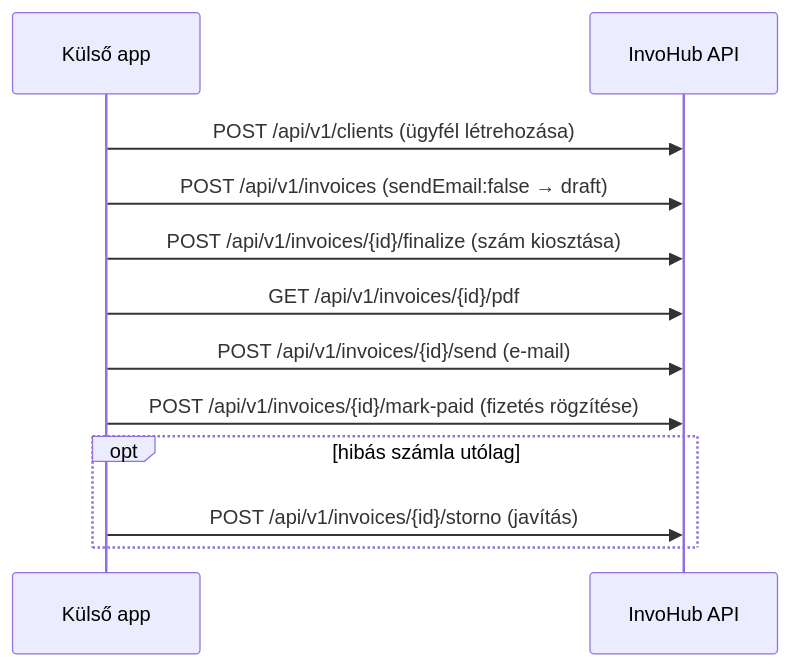
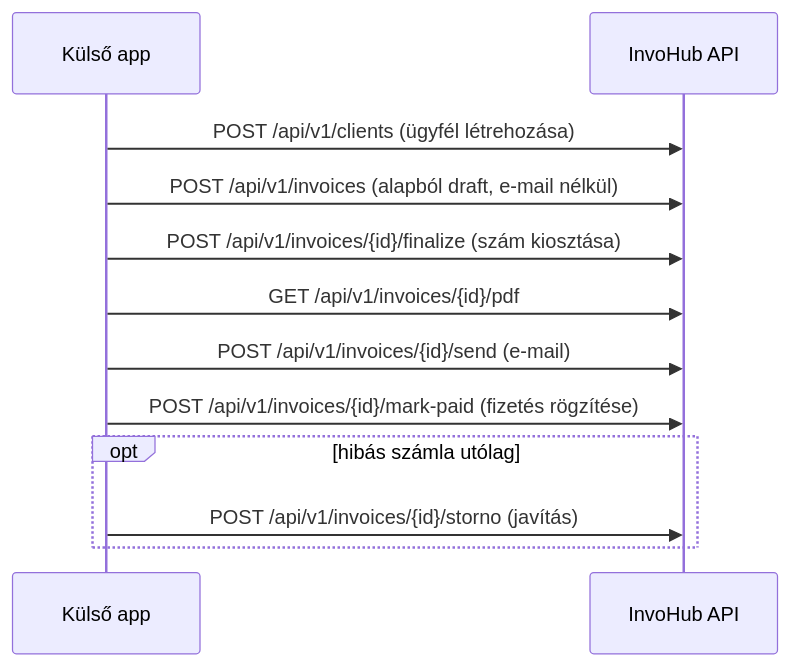
The diagram in docs/external-api.md (nagybrandy/invohub), drawn with Mermaid before and after one commit. The commit also changed other lines of this file and 35 other files, not shown here.

````diff
--- a/docs/external-api.md
+++ b/docs/external-api.md
@@ -420,15 +424,15 @@
 ```mermaid
 sequenceDiagram
   participant App as Külső app
   participant API as InvoHub API
 
   App->>API: POST /api/v1/clients (ügyfél létrehozása)
-  App->>API: POST /api/v1/invoices (sendEmail:false → draft)
+  App->>API: POST /api/v1/invoices (alapból draft, e-mail nélkül)
   App->>API: POST /api/v1/invoices/{id}/finalize (szám kiosztása)
   App->>API: GET /api/v1/invoices/{id}/pdf
   App->>API: POST /api/v1/invoices/{id}/send (e-mail)
   App->>API: POST /api/v1/invoices/{id}/mark-paid (fizetés rögzítése)
   opt hibás számla utólag
     App->>API: POST /api/v1/invoices/{id}/storno (javítás)
   end
 ```
````
